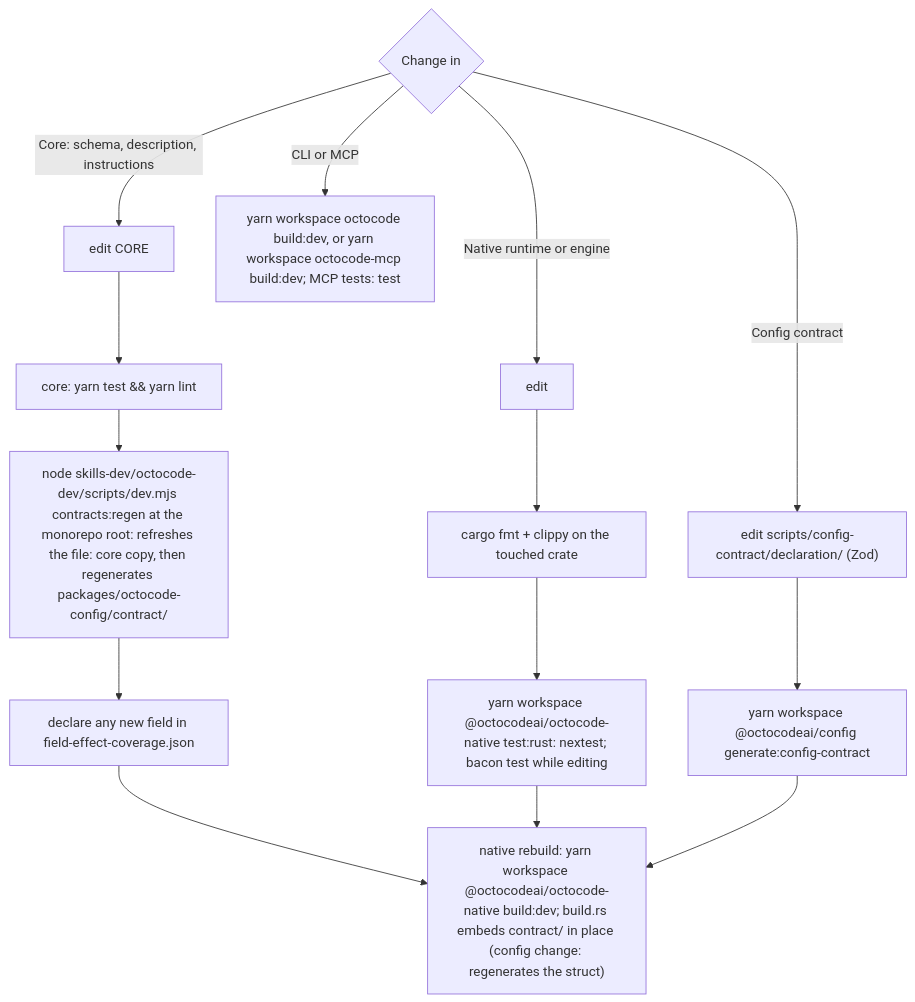
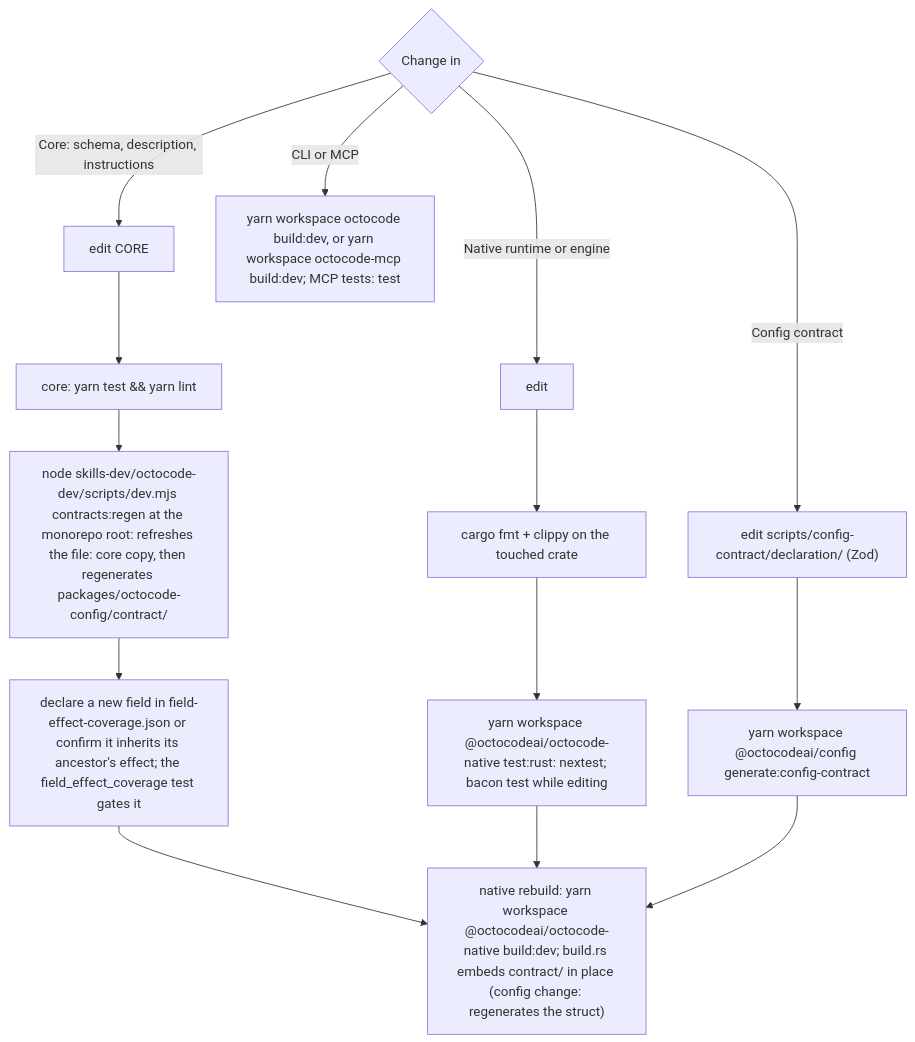
Before and after one commit to bgauryy/octocode: the diagram in skills-dev/octocode-dev/references/fix-and-verify.md, drawn with Mermaid. The commit also changed 749 other files, not shown here.

````diff
--- a/skills-dev/octocode-dev/references/fix-and-verify.md
+++ b/skills-dev/octocode-dev/references/fix-and-verify.md
@@ -12,16 +12,16 @@
 ```mermaid
 flowchart TD
   K{Change in} -- Core: schema, description, instructions --> C1["edit CORE"]
   C1 --> C2["core: yarn test && yarn lint"]
   C2 --> C3["node skills-dev/octocode-dev/scripts/dev.mjs contracts:regen at the monorepo root: refreshes the file: core copy, then regenerates packages/octocode-config/contract/"]
-  C3 --> C4["declare any new field in field-effect-coverage.json"]
+  C3 --> C4["declare a new field in field-effect-coverage.json or confirm it inherits its ancestor's effect; the field_effect_coverage test gates it"]
   C4 --> NB
   K -- Native runtime or engine --> N1["edit"]
   N1 --> N2["cargo fmt + clippy on the touched crate"]
   N2 --> N3["yarn workspace @octocodeai/octocode-native test:rust: nextest; bacon test while editing"]
   N3 --> NB
   K -- Config contract --> G1["edit scripts/config-contract/declaration/ (Zod)"]
   G1 --> G2["yarn workspace @octocodeai/config generate:config-contract"]
   G2 --> NB["native rebuild: yarn workspace @octocodeai/octocode-native build:dev; build.rs embeds contract/ in place (config change: regenerates the struct)"]
   K -- CLI or MCP --> I1["yarn workspace octocode build:dev, or yarn workspace octocode-mcp build:dev; MCP tests: test"]
 ```
````
